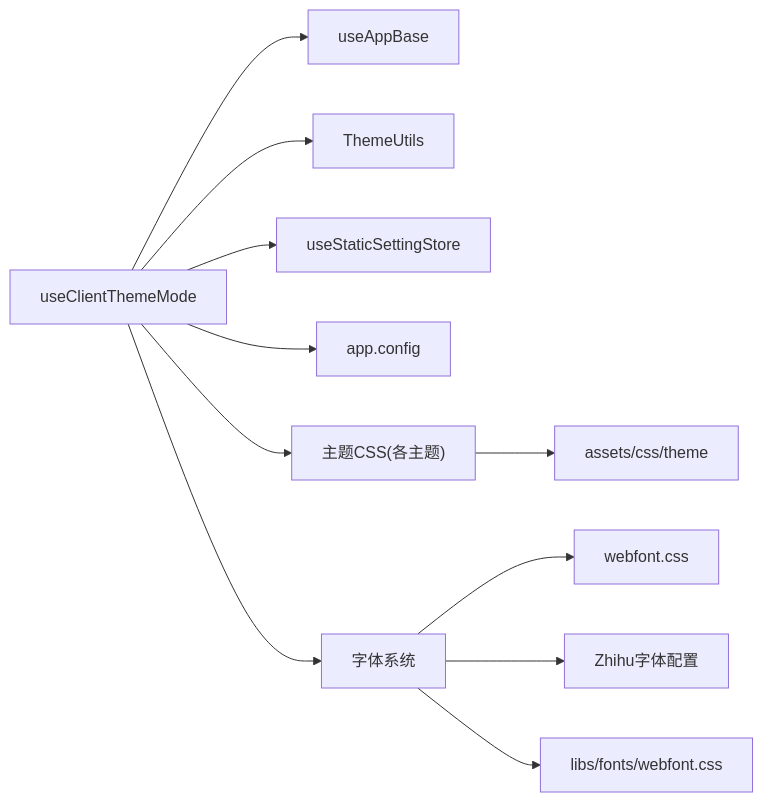
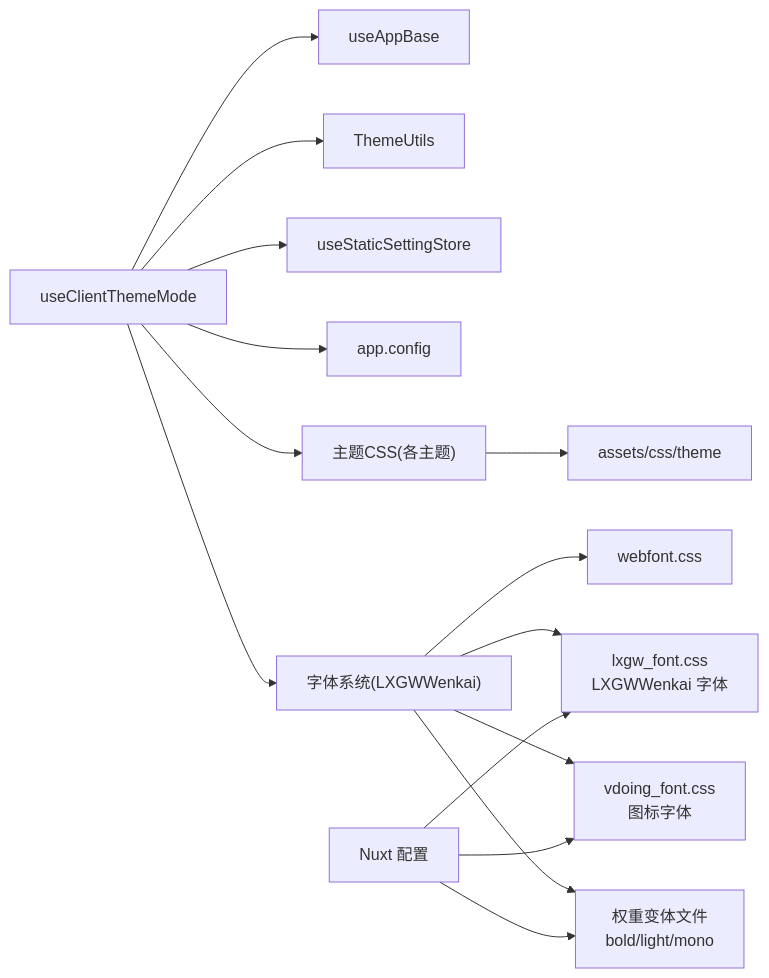
One commit to terwer/siyuan-plugin-blog changed the fourth of 4 diagrams in .qoder/repowiki/zh/content/核心功能/主题系统/主题系统.md. Above: the diagram before and after it, drawn with Mermaid. The commit also changed other lines of this file and 16 other files, not shown here.

````diff
--- a/.qoder/repowiki/zh/content/核心功能/主题系统/主题系统.md
+++ b/.qoder/repowiki/zh/content/核心功能/主题系统/主题系统.md
@@ -325,13 +356,17 @@
 ```mermaid
 graph LR
 CTM["useClientThemeMode"] --> AB["useAppBase"]
 CTM --> TU["ThemeUtils"]
 CTM --> USS["useStaticSettingStore"]
 CTM --> AC["app.config"]
 CTM --> THEME["主题CSS(各主题)"]
-CTM --> FONT["字体系统"]
+CTM --> FONT["字体系统(LXGWWenkai)"]
 THEME --> STY["assets/css/theme"]
 FONT --> WEBFONT["webfont.css"]
-FONT --> ZHIHU_FONT["Zhihu字体配置"]
-FONT --> LIBS_FONT["libs/fonts/webfont.css"]
+FONT --> LXGW["lxgw_font.css<br/>LXGWWenkai 字体"]
+FONT --> VDOING["vdoing_font.css<br/>图标字体"]
+FONT --> WEIGHTS["权重变体文件<br/>bold/light/mono"]
+Nuxt["Nuxt 配置"] --> LXGW
+Nuxt --> VDOING
+Nuxt --> WEIGHTS
 ```
````
